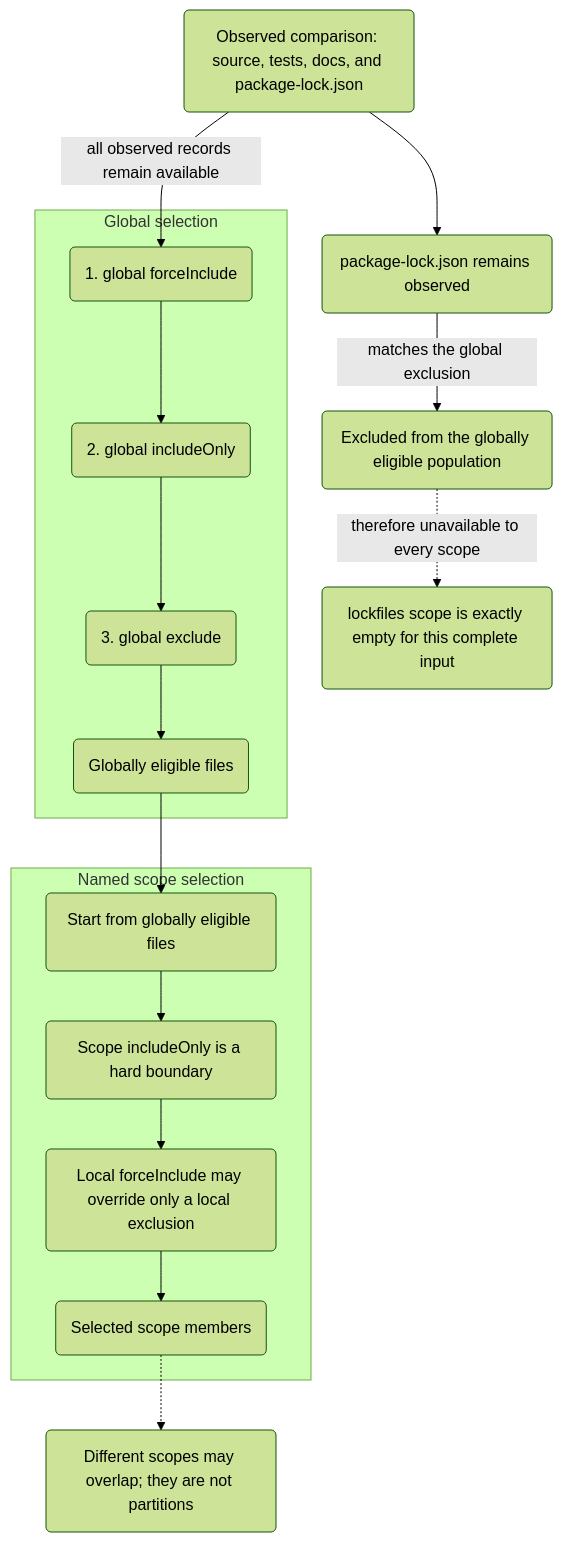
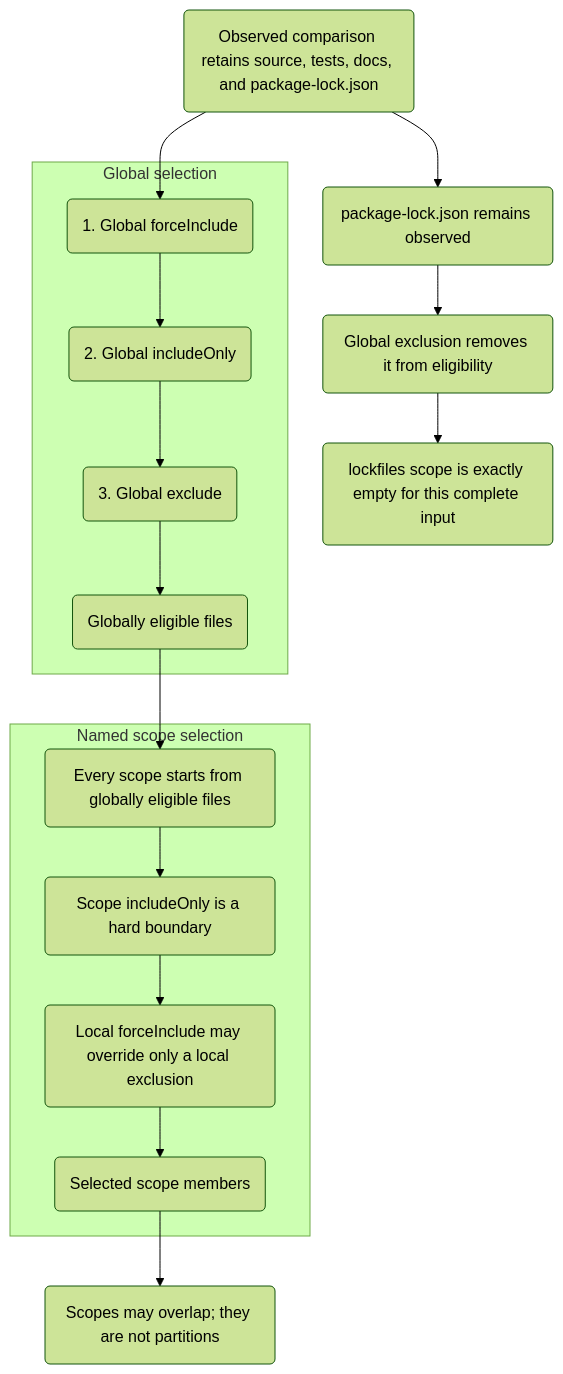
Before and after one commit to Wolfsblvt/diffdevil: the diagram in docs/manual/assets/visuals/selection-boundaries.mmd, drawn with Mermaid (forest theme). The commit also changed 2 other files, not shown here.

Commit message:
fix: repair visual fallback and flow readability
Keep no-JavaScript assertions aligned with the emitted server theme, remove flowchart edge-label backgrounds from the selected explanations, and simplify the trust and selection topology so their text stays readable at narrow widths.

Co-authored-via: Nyxara | ChatGPT Web | GPT-5.6 Sol | Pro

```diff
--- a/docs/manual/assets/visuals/selection-boundaries.mmd
+++ b/docs/manual/assets/visuals/selection-boundaries.mmd
@@ -1,37 +1,38 @@
 flowchart TB
     accTitle: Global and scoped file selection have different boundaries
     accDescr: The observed comparison retains every observed file. Global forceInclude, includeOnly, and exclude determine the globally eligible population. Each named scope begins only from that population, applies a hard includeOnly boundary, and may use local forceInclude only against local exclusions. A globally excluded lockfile remains observed but cannot be reintroduced by its scope.
 
-    observed("Observed comparison: source, tests, docs, and package-lock.json"):::focus
+    observed("Observed comparison retains source, tests, docs, and package-lock.json"):::focus
 
     subgraph global["Global selection"]
-        globalForce("1. global forceInclude")
-        globalOnly("2. global includeOnly")
-        globalExclude("3. global exclude")
+        globalForce("1. Global forceInclude")
+        globalOnly("2. Global includeOnly")
+        globalExclude("3. Global exclude")
         eligible("Globally eligible files"):::ok
     end
 
-    observed -->|"all observed records remain available"| globalForce
+    observed --> globalForce
     globalForce --> globalOnly
     globalOnly --> globalExclude
     globalExclude --> eligible
 
     lockfile("package-lock.json remains observed"):::focus
-    globallyExcluded("Excluded from the globally eligible population"):::bad
+    globallyExcluded("Global exclusion removes it from eligibility"):::bad
+    empty("lockfiles scope is exactly empty for this complete input"):::bad
+
     observed --> lockfile
-    lockfile -->|"matches the global exclusion"| globallyExcluded
+    lockfile --> globallyExcluded
+    globallyExcluded --> empty
 
     subgraph scope["Named scope selection"]
-        scopeStart("Start from globally eligible files")
+        scopeStart("Every scope starts from globally eligible files")
         scopeOnly("Scope includeOnly is a hard boundary")
         scopeLocal("Local forceInclude may override only a local exclusion")
         scopeResult("Selected scope members"):::ok
     end
 
     eligible --> scopeStart
     scopeStart --> scopeOnly
     scopeOnly --> scopeLocal
     scopeLocal --> scopeResult
-
-    globallyExcluded -.->|"therefore unavailable to every scope"| empty("lockfiles scope is exactly empty for this complete input"):::bad
-    scopeResult -.-> overlap("Different scopes may overlap; they are not partitions")
+    scopeResult --> overlap("Scopes may overlap; they are not partitions")
```
